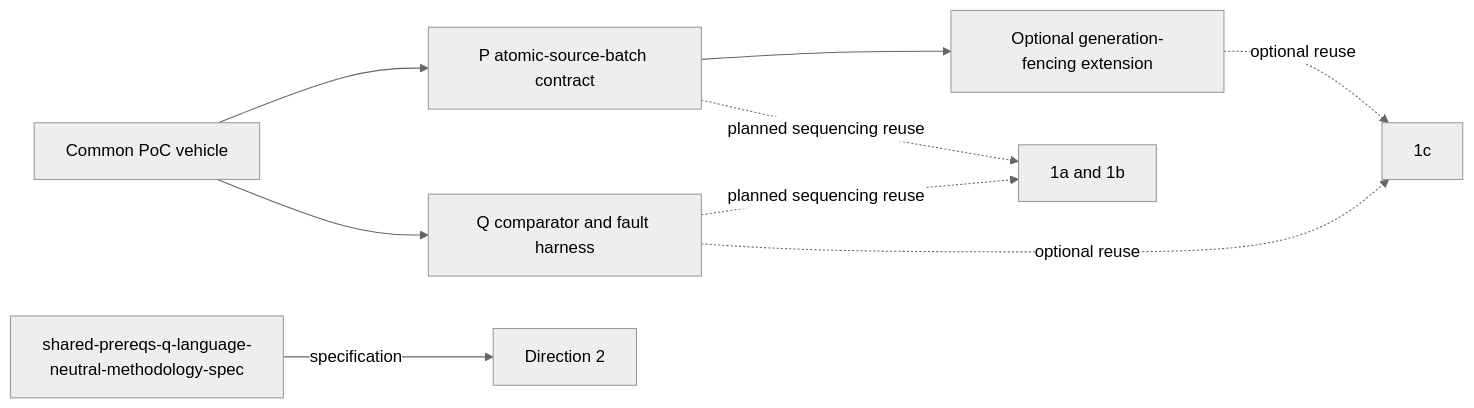
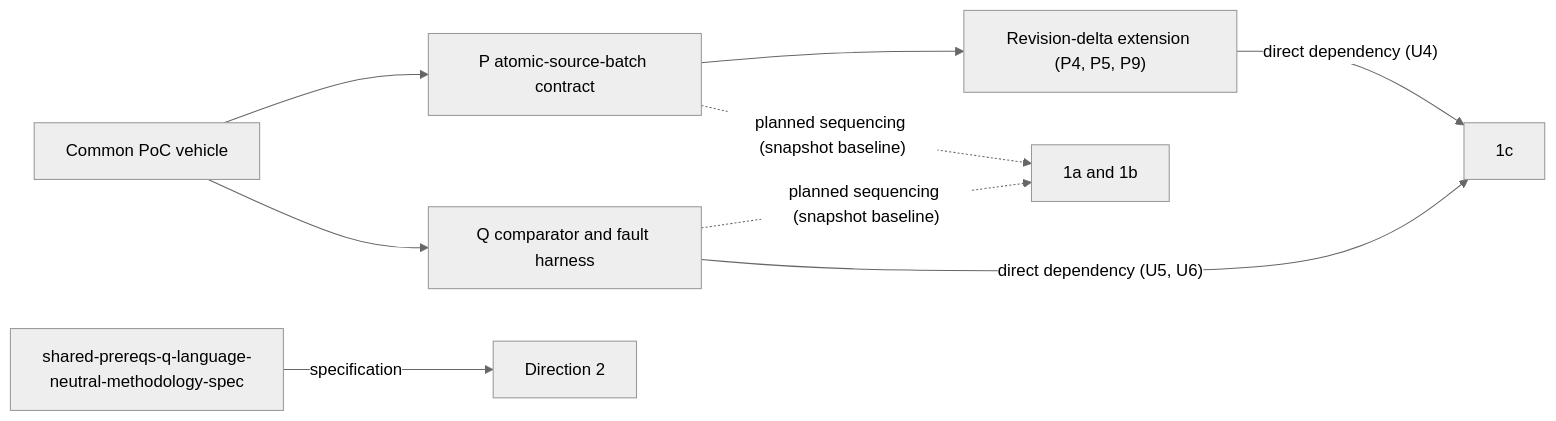
Before and after one commit to billf/convex-backend: the first of 2 diagrams in docs/plans/2026-09-11-1159-feat-skip-shared-prerequisites-plan.md, drawn with Mermaid (neutral theme). The commit also changed other lines of this file and 9 other files, not shown here.

````diff
--- a/docs/plans/2026-09-11-1159-feat-skip-shared-prerequisites-plan.md
+++ b/docs/plans/2026-09-11-1159-feat-skip-shared-prerequisites-plan.md
@@ -116,11 +118,11 @@
 ```mermaid
 flowchart LR
   vehicle["Common PoC vehicle"] --> p["P atomic-source-batch contract"]
   vehicle --> q["Q comparator and fault harness"]
-  p --> p9["Optional generation-fencing extension"]
-  p -. "planned sequencing reuse" .-> clients["1a and 1b"]
-  q -. "planned sequencing reuse" .-> clients
-  p9 -. "optional reuse" .-> oneC["1c"]
-  q -. "optional reuse" .-> oneC
+  p --> p9["Revision-delta extension (P4, P5, P9)"]
+  p -. "planned sequencing (snapshot baseline)" .-> clients["1a and 1b"]
+  q -. "planned sequencing (snapshot baseline)" .-> clients
+  p9 -->|"direct dependency (U4)"| oneC["1c"]
+  q -->|"direct dependency (U5, U6)"| oneC
   q12["shared-prereqs-q-language-neutral-methodology-spec"] -->|"specification"| two["Direction 2"]
 ```
````
